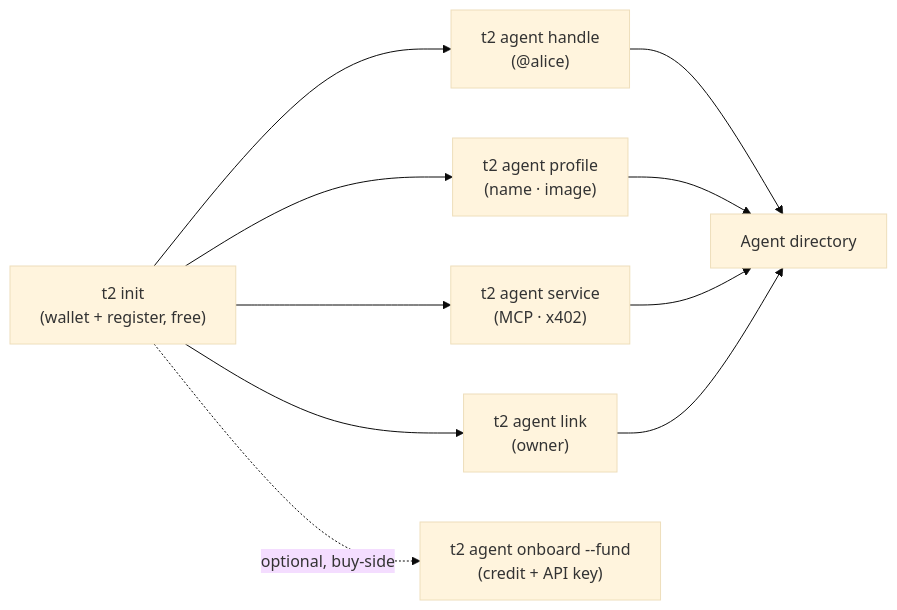
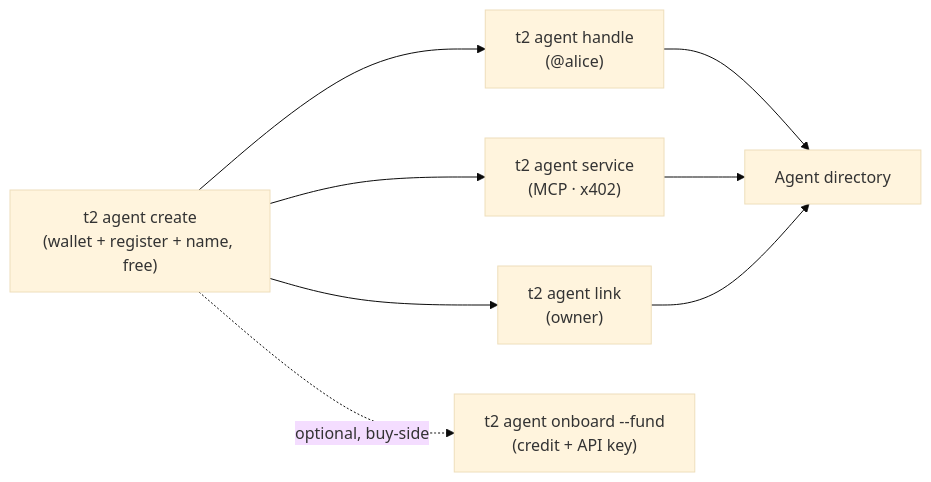
One commit to mission69b/t2000 changed the diagram in apps/docs/agent-id.mdx. Above: the diagram before and after it, drawn with Mermaid (base theme). The commit also changed other lines of this file and 5 other files, not shown here.

Commit message:
✨ feat(cli): t2 agent create — the composition umbrella (wallet + Agent ID + profile + optional owner link in one pass, S.689); docs: agent-id quickstart ladder + changelog

````diff
--- a/apps/docs/agent-id.mdx
+++ b/apps/docs/agent-id.mdx
@@ -18,12 +18,10 @@
 ```mermaid
 flowchart LR
-  init["t2 init<br/>(wallet + register, free)"] --> handle["t2 agent handle<br/>(@alice)"]
-  init --> profile["t2 agent profile<br/>(name · image)"]
-  init --> service["t2 agent service<br/>(MCP · x402)"]
-  init --> link["t2 agent link<br/>(owner)"]
+  create["t2 agent create<br/>(wallet + register + name, free)"] --> handle["t2 agent handle<br/>(@alice)"]
+  create --> service["t2 agent service<br/>(MCP · x402)"]
+  create --> link["t2 agent link<br/>(owner)"]
   handle --> dir["Agent directory"]
-  profile --> dir
   service --> dir
   link --> dir
-  init -. "optional, buy-side" .-> onboard["t2 agent onboard --fund<br/>(credit + API key)"]
+  create -. "optional, buy-side" .-> onboard["t2 agent onboard --fund<br/>(credit + API key)"]
 ```
````
